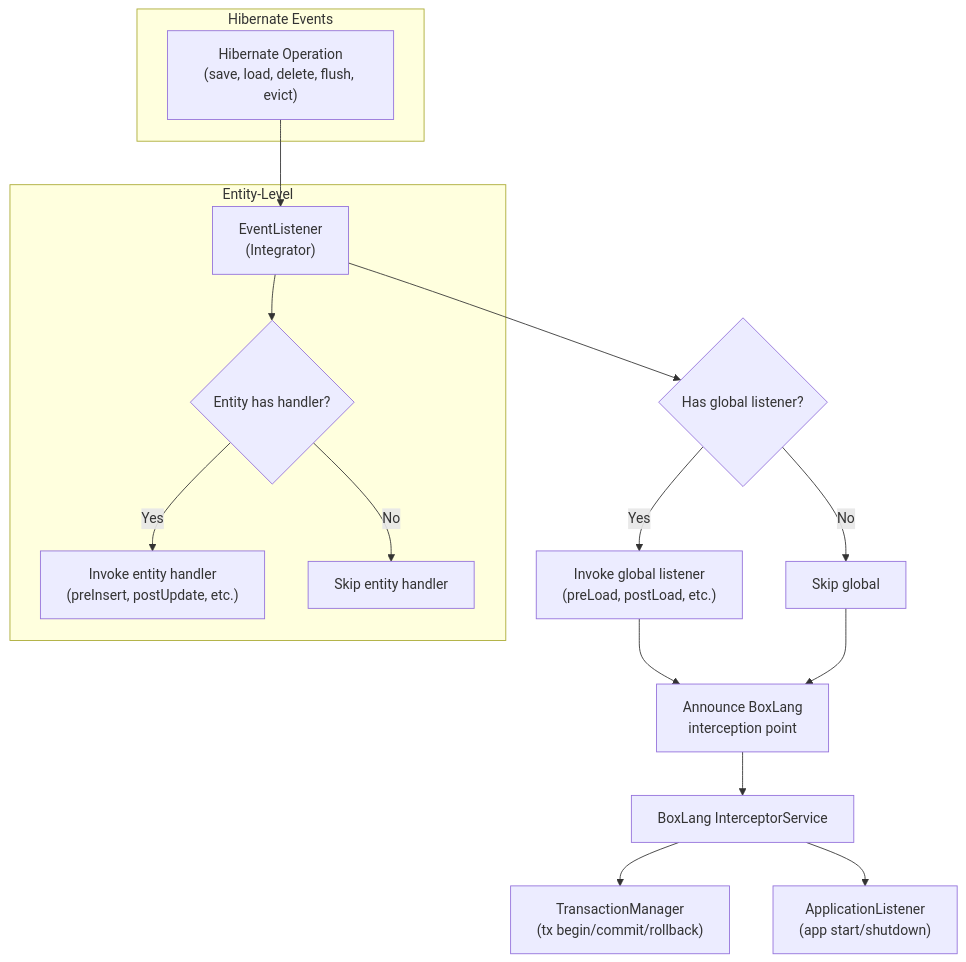
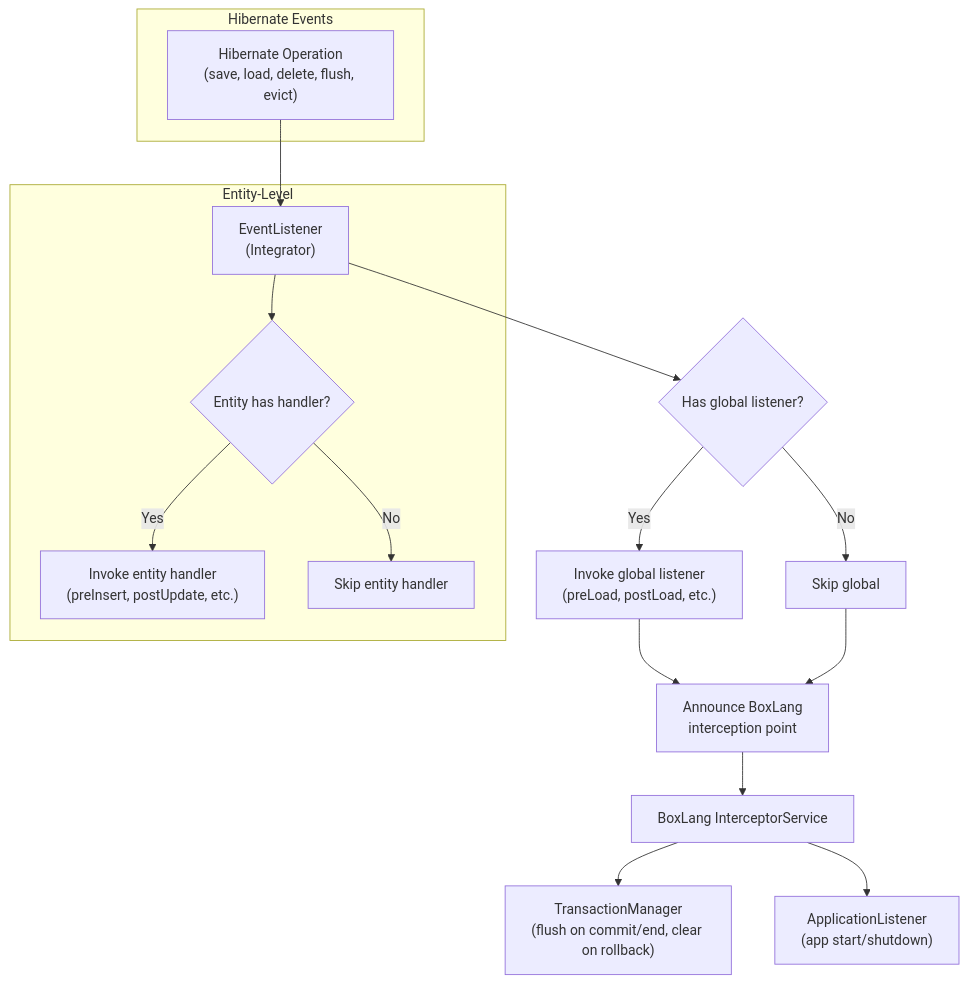
One commit to ortus-boxlang/bx-orm changed the diagram in .agents/skills-custom/bx-orm-event-system/SKILL.md. Above: the diagram before and after it, drawn with Mermaid. The commit also changed other lines of this file and 14 other files, not shown here.

````diff
--- a/.agents/skills-custom/bx-orm-event-system/SKILL.md
+++ b/.agents/skills-custom/bx-orm-event-system/SKILL.md
@@ -20,21 +20,21 @@
 ```mermaid
 flowchart TB
     subgraph "Hibernate Events"
         A["Hibernate Operation<br/>(save, load, delete, flush, evict)"]
     end
     A --> B["EventListener<br/>(Integrator)"]
     B --> C{"Has global listener?"}
     C -->|Yes| D["Invoke global listener<br/>(preLoad, postLoad, etc.)"]
     C -->|No| E["Skip global"]
     D --> F["Announce BoxLang<br/>interception point"]
     E --> F
     F --> G["BoxLang InterceptorService"]
-    G --> H["TransactionManager<br/>(tx begin/commit/rollback)"]
+    G --> H["TransactionManager<br/>(flush on commit/end, clear on rollback)"]
     G --> I["ApplicationListener<br/>(app start/shutdown)"]
 
     subgraph "Entity-Level"
         B --> J{"Entity has handler?"}
         J -->|Yes| K["Invoke entity handler<br/>(preInsert, postUpdate, etc.)"]
         J -->|No| L["Skip entity handler"]
     end
 ```
````
